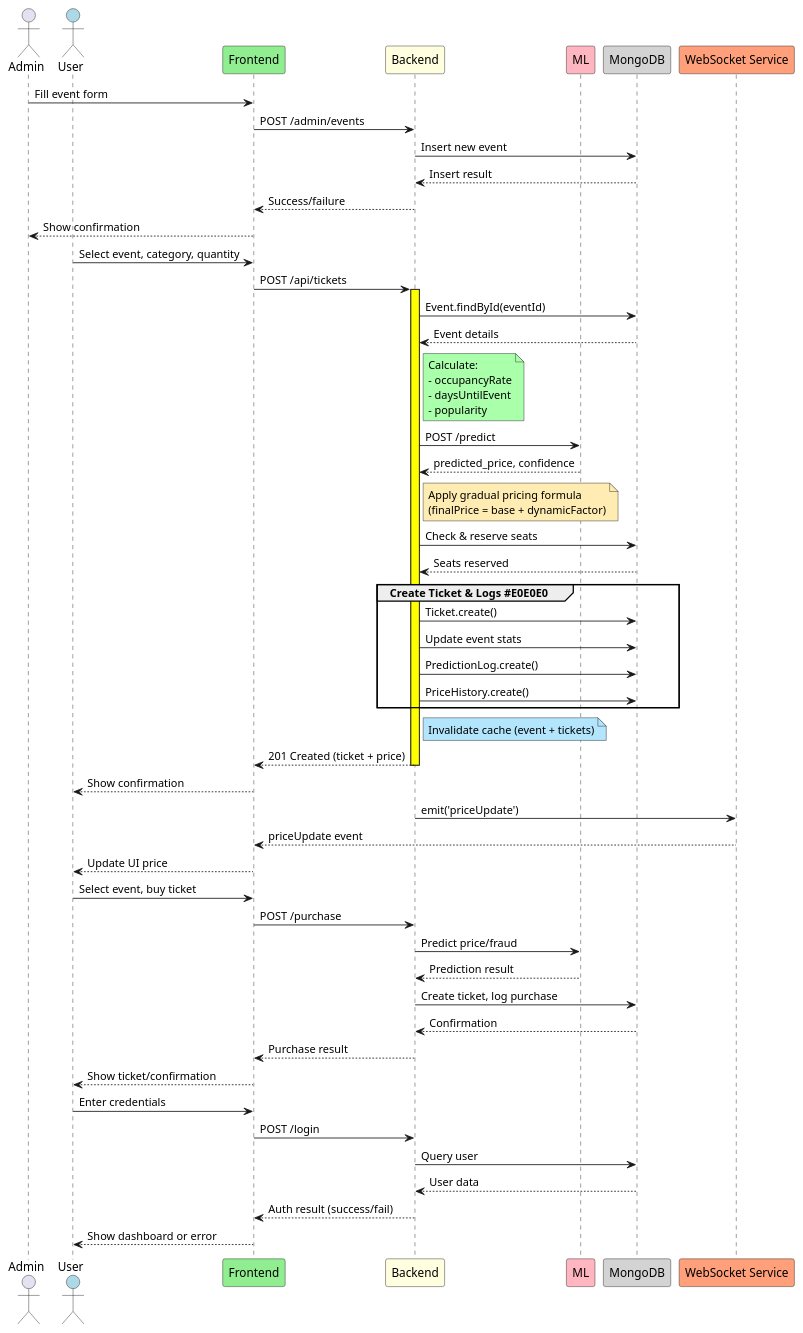
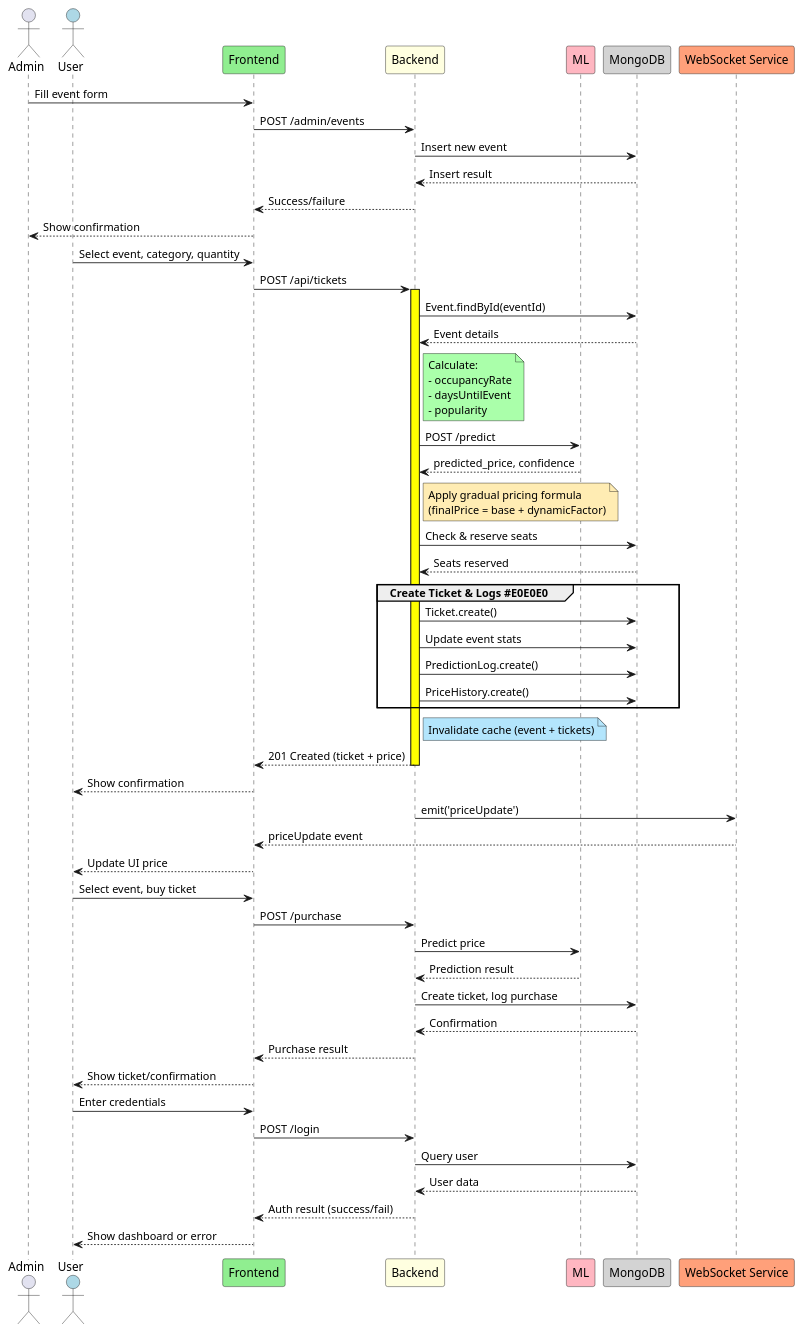
One commit to Souptik-Hazra/Dynamic-ticket-pricing changed the diagram in PlantUML/all_sequences.puml. Above: the diagram before and after it, drawn with PlantUML. The commit also changed 7 other files, not shown here.

```diff
--- a/PlantUML/all_sequences.puml
+++ b/PlantUML/all_sequences.puml
@@ -1,74 +1,74 @@
 @startuml Sequence diagram
 
 actor Admin
 actor User #LightBlue
 participant "Frontend" as FE #LightGreen
 participant "Backend" as BE #LightYellow
 participant "ML" as ML #LightPink
 participant "MongoDB" as DB #LightGray
 participant "WebSocket Service" as WS #LightSalmon
 
 ' --- Admin Event Creation ---
 Admin -> FE: Fill event form
 FE -> BE: POST /admin/events
 BE -> DB: Insert new event
 DB --> BE: Insert result
 BE --> FE: Success/failure
 FE --> Admin: Show confirmation
 
 
 ' --- Real-time Price Update ---
 User -> FE : Select event, category, quantity
 FE -> BE : POST /api/tickets
 activate BE #Yellow
 BE -> DB : Event.findById(eventId)
 DB --> BE : Event details
 note right of BE #aaffaa
 Calculate:
 - occupancyRate
 - daysUntilEvent
 - popularity
 end note
 BE -> ML : POST /predict
 ML --> BE : predicted_price, confidence
 note right of BE #ffecb3
 Apply gradual pricing formula
 (finalPrice = base + dynamicFactor)
 end note
 BE -> DB : Check & reserve seats
 DB --> BE : Seats reserved
 group Create Ticket & Logs #E0E0E0
     BE -> DB : Ticket.create()
     BE -> DB : Update event stats
     BE -> DB : PredictionLog.create()
     BE -> DB : PriceHistory.create()
 end
 note right of BE #b3e5fc
 Invalidate cache (event + tickets)
 end note
 BE --> FE : 201 Created (ticket + price)
 deactivate BE
 FE --> User : Show confirmation
 BE -> WS : emit('priceUpdate')
 WS --> FE : priceUpdate event
 FE --> User : Update UI price
 
 
 ' --- Ticket Purchase ---
 User -> FE: Select event, buy ticket
 FE -> BE: POST /purchase
-BE -> ML: Predict price/fraud
+BE -> ML: Predict price
 ML --> BE: Prediction result
 BE -> DB: Create ticket, log purchase
 DB --> BE: Confirmation
 BE --> FE: Purchase result
 FE --> User: Show ticket/confirmation
 
 ' --- User Login ---
 User -> FE: Enter credentials
 FE -> BE: POST /login
 BE -> DB: Query user
 DB --> BE: User data
 BE --> FE: Auth result (success/fail)
 FE --> User: Show dashboard or error
 @enduml
```
